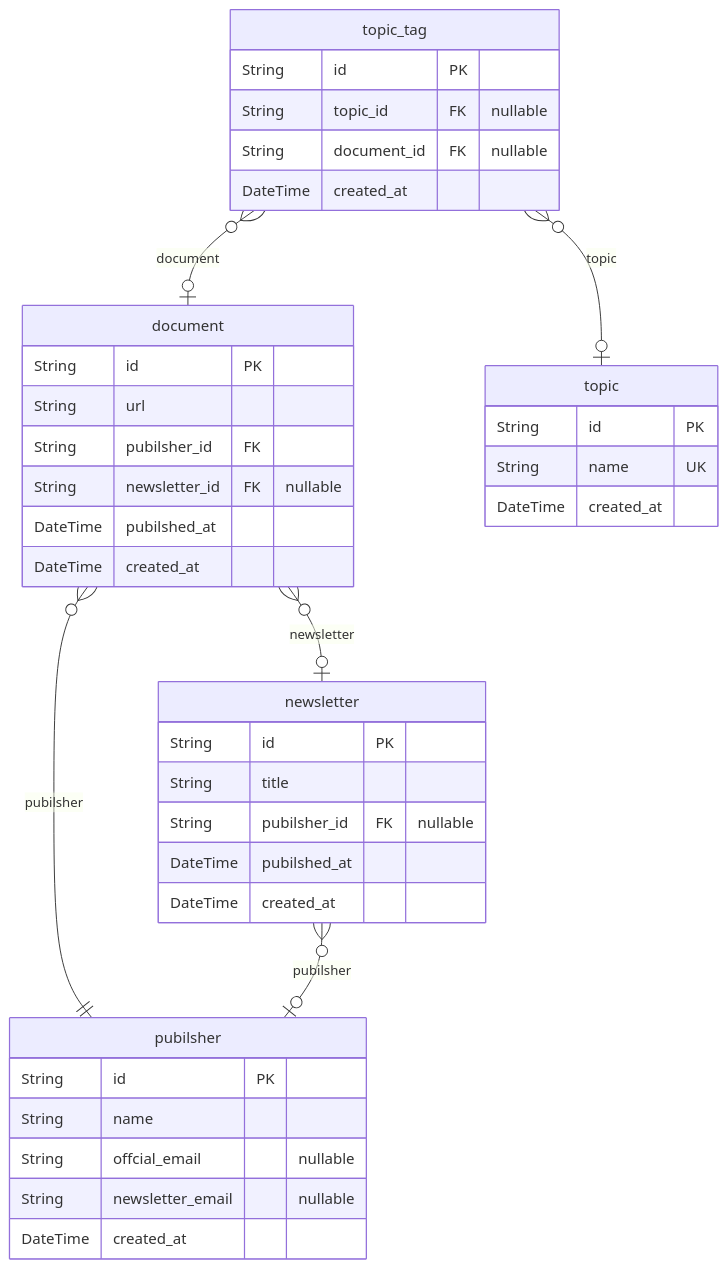
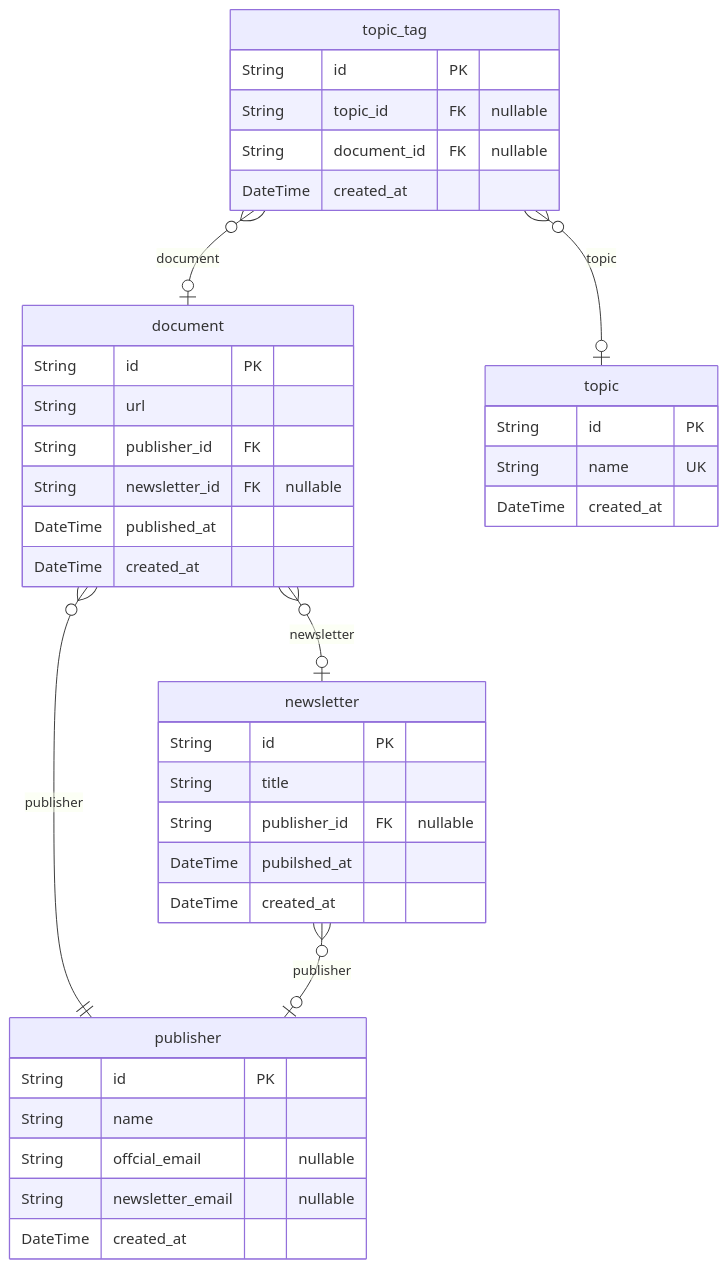
One commit to Mailly-Project/Mailly-BE changed the second of 2 diagrams in docs/ERD.md. Above: the diagram before and after it, drawn with Mermaid. The commit also changed other lines of this file and 1 other file, not shown here.

Commit message:
fix: schema Setup code error

````diff
--- a/docs/ERD.md
+++ b/docs/ERD.md
@@ -147,41 +147,41 @@
 ```mermaid
 erDiagram
 "document" {
   String id PK
   String url
-  String pubilsher_id FK
+  String publisher_id FK
   String newsletter_id FK "nullable"
-  DateTime pubilshed_at
+  DateTime published_at
   DateTime created_at
 }
-"pubilsher" {
+"publisher" {
   String id PK
   String name
   String offcial_email "nullable"
   String newsletter_email "nullable"
   DateTime created_at
 }
 "newsletter" {
   String id PK
   String title
-  String pubilsher_id FK "nullable"
+  String publisher_id FK "nullable"
   DateTime pubilshed_at
   DateTime created_at
 }
 "topic" {
   String id PK
   String name UK
   DateTime created_at
 }
 "topic_tag" {
   String id PK
   String topic_id FK "nullable"
   String document_id FK "nullable"
   DateTime created_at
 }
-"document" }o--|| "pubilsher" : pubilsher
+"document" }o--|| "publisher" : publisher
 "document" }o--o| "newsletter" : newsletter
-"newsletter" }o--o| "pubilsher" : pubilsher
+"newsletter" }o--o| "publisher" : publisher
 "topic_tag" }o--o| "topic" : topic
 "topic_tag" }o--o| "document" : document
 ```
````
